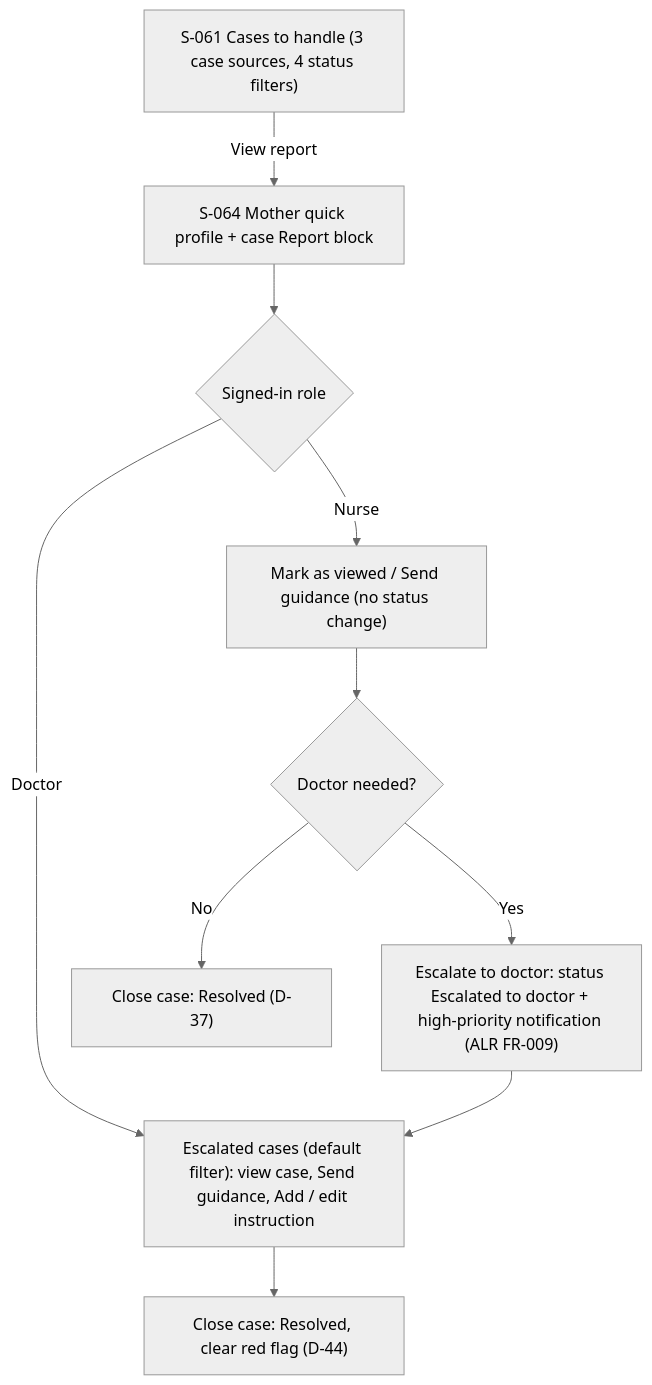
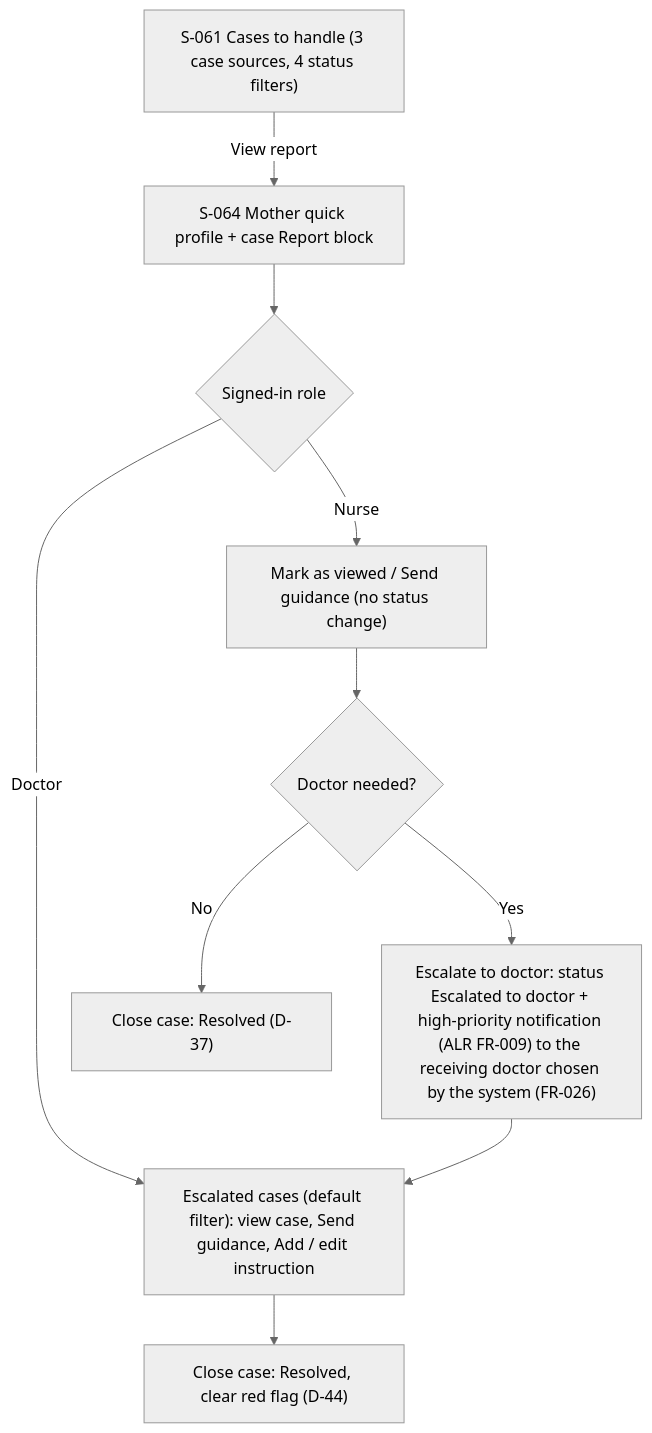
The third of 5 diagrams in specs/spec-CLI.md (PromotedKing/dbiz3-team-a-rubric), drawn with Mermaid (neutral theme) before and after one commit. The commit also changed other lines of this file, not shown here.

Commit message:
spec(CLI): v1.9.0-draft - visibility by assignment, routing to on-duty doctor, nurse must-escalate and medicine rules

````diff
--- a/specs/spec-CLI.md
+++ b/specs/spec-CLI.md
@@ -136,12 +153,12 @@
 ```mermaid
 flowchart TD
     Q["S-061 Cases to handle (3 case sources, 4 status filters)"] -->|"View report"| P["S-064 Mother quick profile + case Report block"]
     P --> R{"Signed-in role"}
     R -- "Nurse" --> N["Mark as viewed / Send guidance (no status change)"]
     N --> D{"Doctor needed?"}
-    D -- "Yes" --> ESC["Escalate to doctor: status Escalated to doctor + high-priority notification (ALR FR-009)"]
+    D -- "Yes" --> ESC["Escalate to doctor: status Escalated to doctor + high-priority notification (ALR FR-009) to the receiving doctor chosen by the system (FR-026)"]
     D -- "No" --> C1["Close case: Resolved (D-37)"]
     R -- "Doctor" --> B["Escalated cases (default filter): view case, Send guidance, Add / edit instruction"]
     ESC --> B
     B --> C2["Close case: Resolved, clear red flag (D-44)"]
 ```
````
